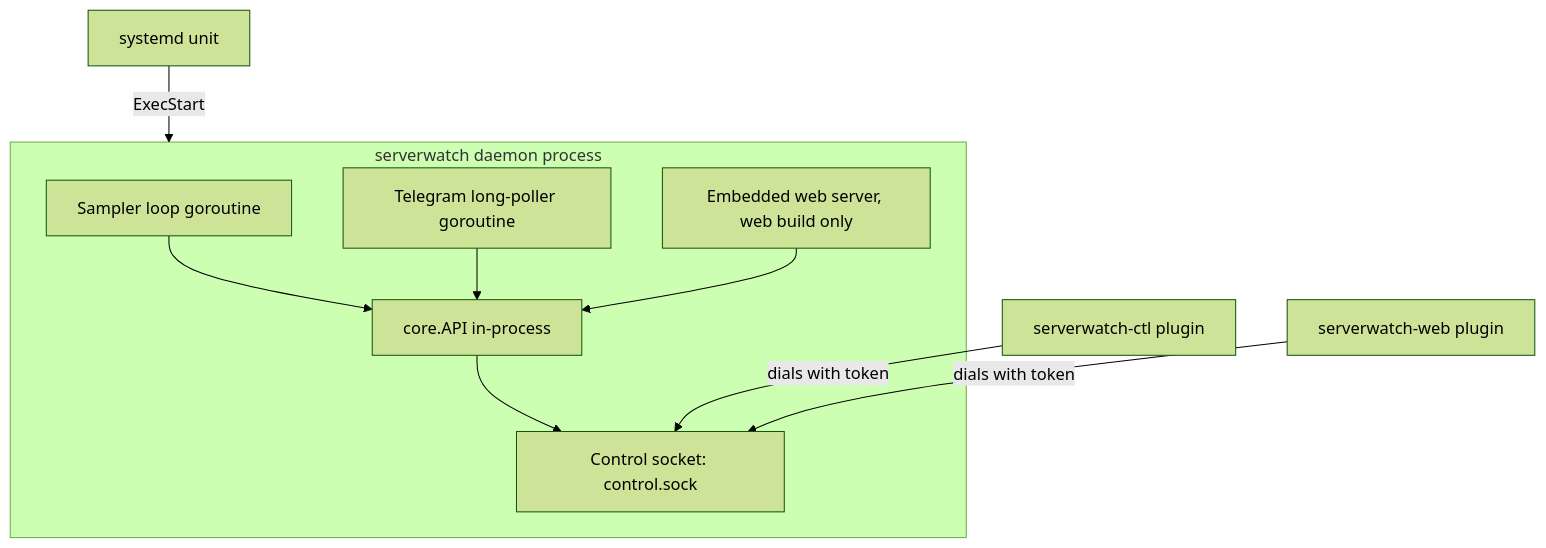
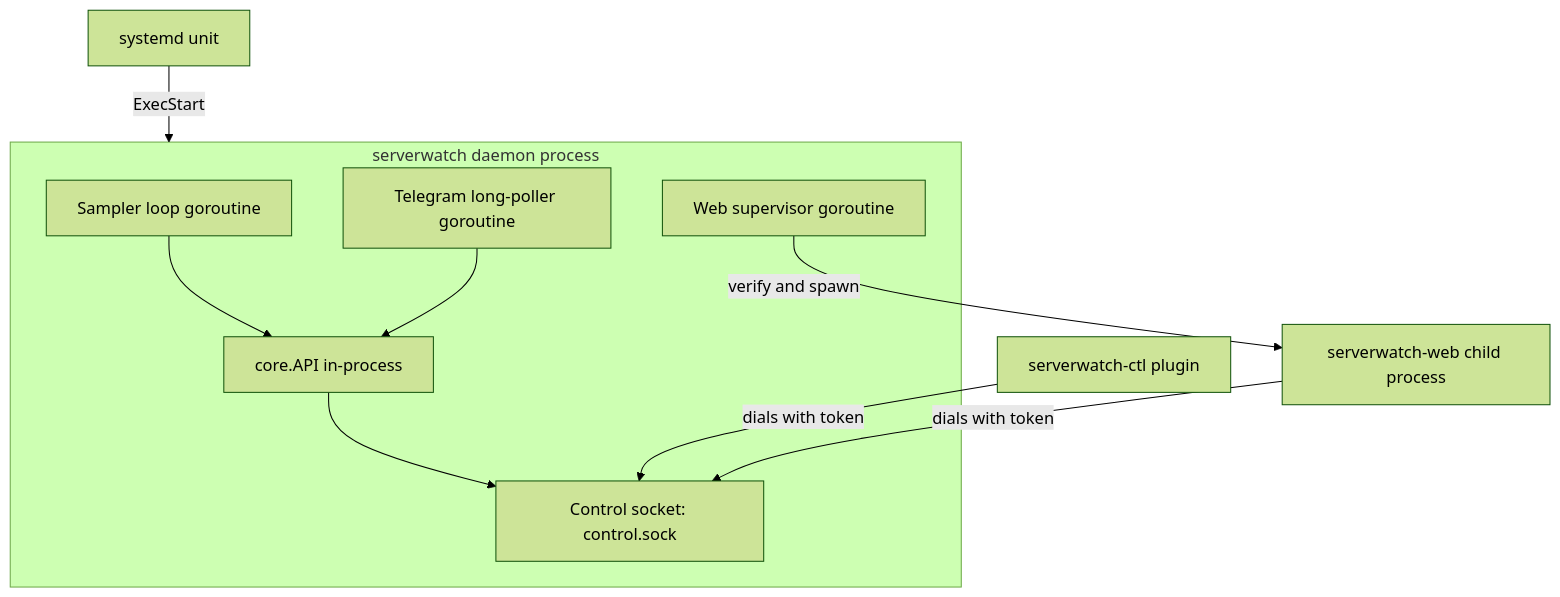
One commit to InfoDiveLabs/trinetra changed the first of 4 diagrams in docs/handbook/02-architecture.md. Above: the diagram before and after it, drawn with Mermaid (forest theme). The commit also changed other lines of this file and 14 other files, not shown here.

Commit message:
docs: web is a supervised single binary with no build tag

````diff
--- a/docs/handbook/02-architecture.md
+++ b/docs/handbook/02-architecture.md
@@ -42,20 +41,20 @@
 ```mermaid
 graph TD
   sd[systemd unit] -->|ExecStart| proc
 
   subgraph proc[serverwatch daemon process]
     sampler[Sampler loop goroutine]
     poller[Telegram long-poller goroutine]
-    webgo[Embedded web server, web build only]
+    supervisor[Web supervisor goroutine]
     api[core.API in-process]
     sock[Control socket: control.sock]
   end
 
   sampler --> api
   poller --> api
-  webgo --> api
   api --> sock
 
+  supervisor -->|verify and spawn| webplug
   ctl[serverwatch-ctl plugin] -->|dials with token| sock
-  webplug[serverwatch-web plugin] -->|dials with token| sock
+  webplug[serverwatch-web child process] -->|dials with token| sock
 ```
````
